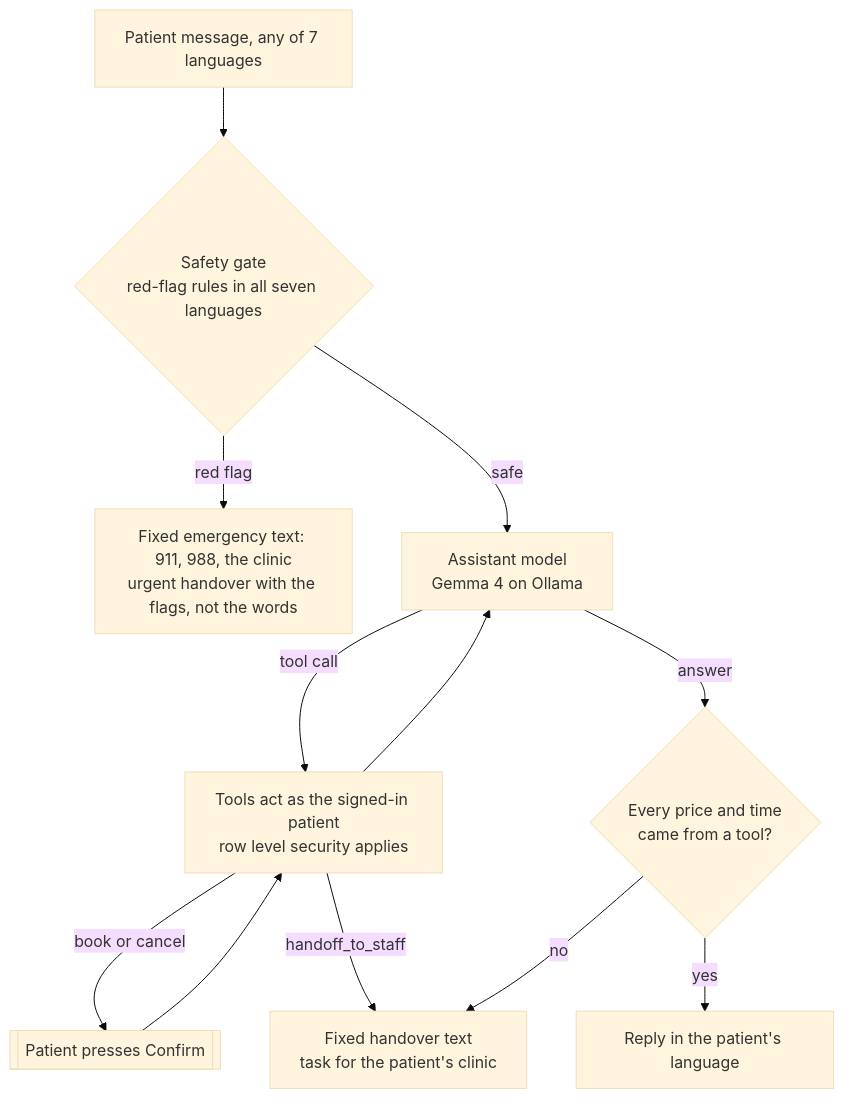
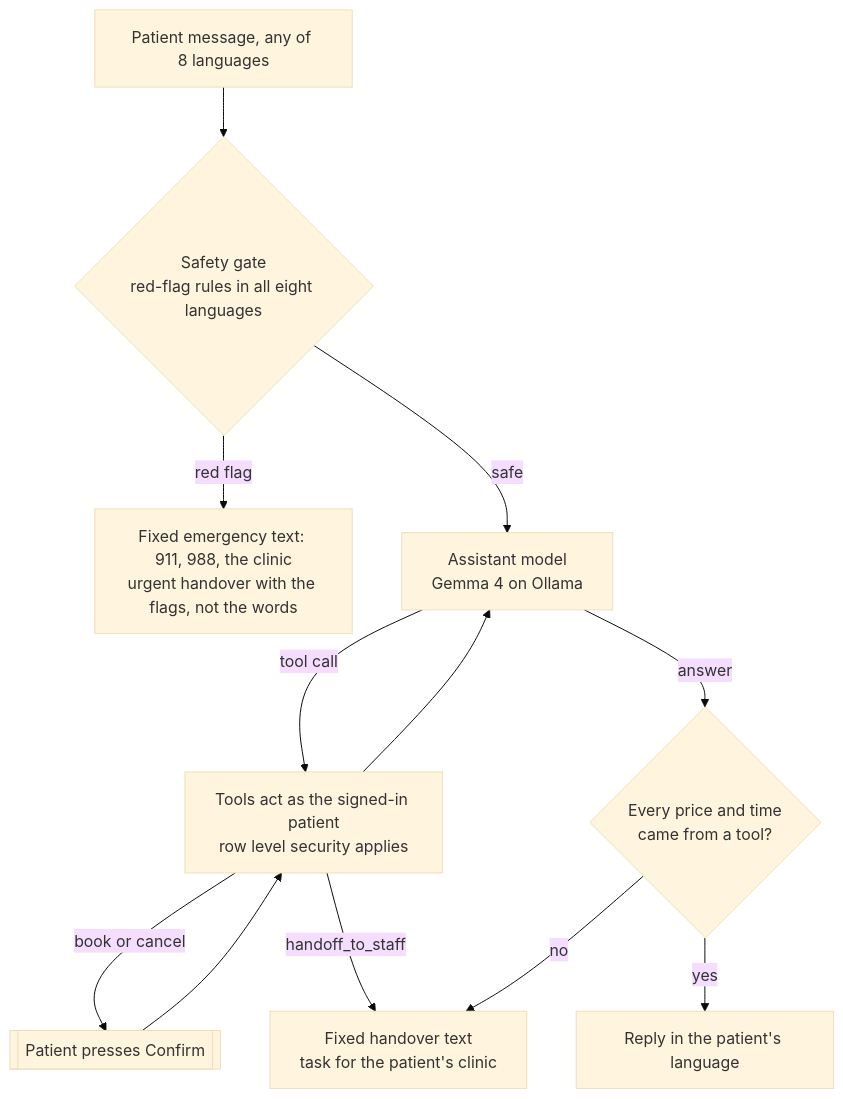
Before and after one commit to FionaMich/northgate-dental: the fourth of 4 diagrams in README.md, drawn with Mermaid (base theme). The commit also changed other lines of this file and 72 other files, not shown here.

````diff
--- a/README.md
+++ b/README.md
@@ -363,14 +363,14 @@
 ```mermaid
 flowchart TD
-  msg[Patient message, any of 7 languages] --> gate{Safety gate<br/>red-flag rules in all seven languages}
+  msg[Patient message, any of 8 languages] --> gate{Safety gate<br/>red-flag rules in all eight languages}
   gate -->|red flag| emergency[Fixed emergency text: 911, 988, the clinic<br/>urgent handover with the flags, not the words]
   gate -->|safe| model[Assistant model<br/>Gemma 4 on Ollama]
   model -->|tool call| tools[Tools act as the signed-in patient<br/>row level security applies]
   tools -->|book or cancel| button[[Patient presses Confirm]]
   button --> tools
   tools --> model
   tools -->|handoff_to_staff| handover[Fixed handover text<br/>task for the patient's clinic]
   model -->|answer| grounded{Every price and time<br/>came from a tool?}
   grounded -->|yes| reply[Reply in the patient's language]
   grounded -->|no| handover
 ```
````
